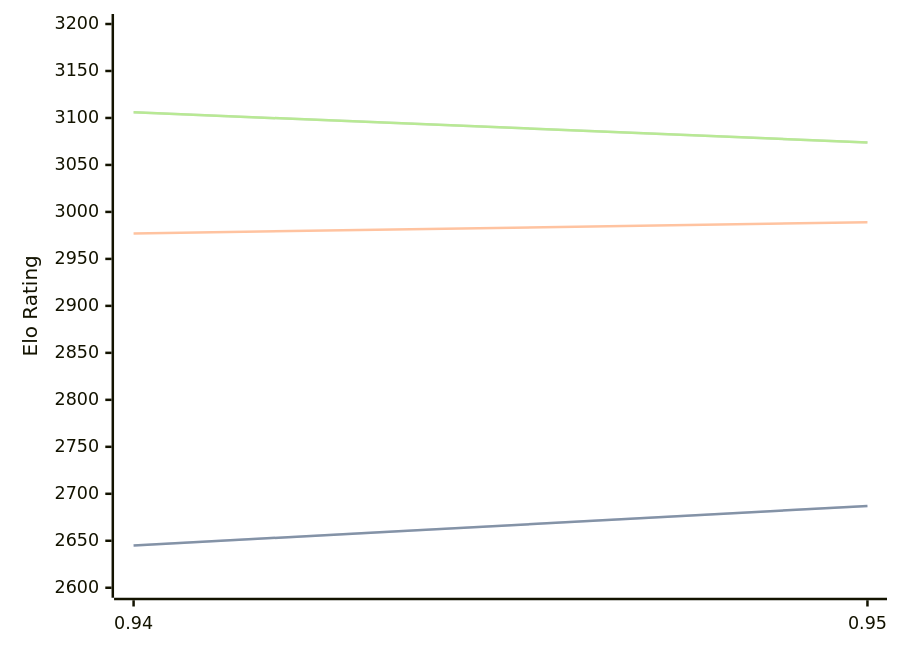
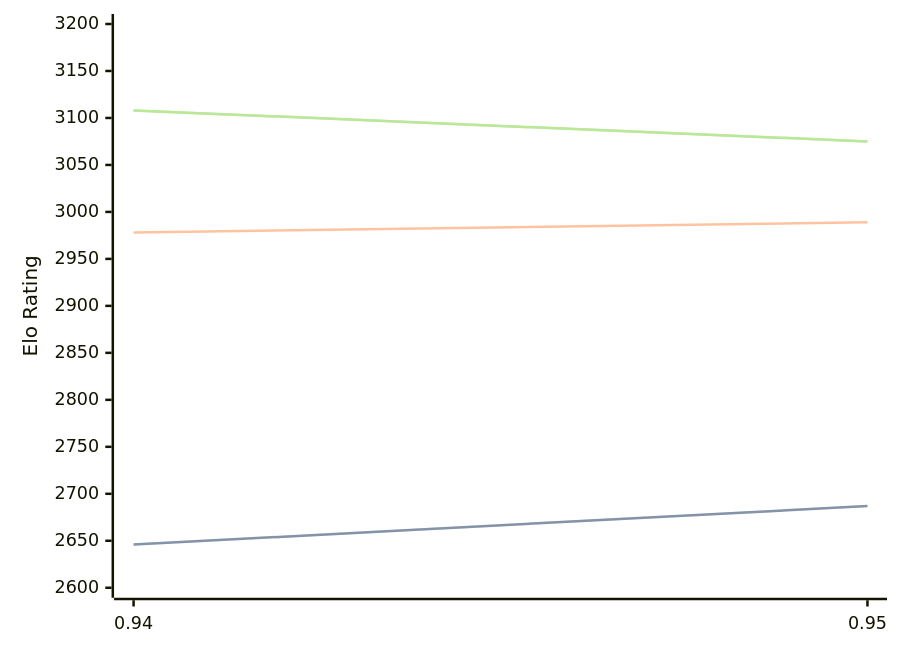
Before and after one commit to computer-chess-index/cci: the diagram in engines/Myrddin.md, drawn with Mermaid. The commit also changed other lines of this file, not shown here.

Commit message:
Update CCI Ratings (ELO VLTC) - 2026-05-12

````diff
--- a/engines/Myrddin.md
+++ b/engines/Myrddin.md
@@ -37,11 +37,11 @@
 ```mermaid
 %%{init: {"theme":"base","themeVariables":{"seriesColors:['#a3a3a3','#222221','#faa371']}}}%%
 xychart-beta
   x-axis ["0.94", "0.95"]
   y-axis "Elo Rating" 2600 --> 3200
-  line "STC (8.0+0.08s)" [2645, 2687]
-  line "STC (8.0+0.08s)" [2645, 2687]
-  line "LTC (60.0+0.60s)" [2977, 2989]
-  line "VLTC (2m24s+1.12s)" [3106, 3074]
-  line "VLTC (2m24s+1.12s)" [3106, 3074]
+  line "STC (8.0+0.08s)" [2646, 2687]
+  line "STC (8.0+0.08s)" [2646, 2687]
+  line "LTC (60.0+0.60s)" [2978, 2989]
+  line "VLTC (2m24s+1.12s)" [3108, 3075]
+  line "VLTC (2m24s+1.12s)" [3108, 3075]
 ```
````
